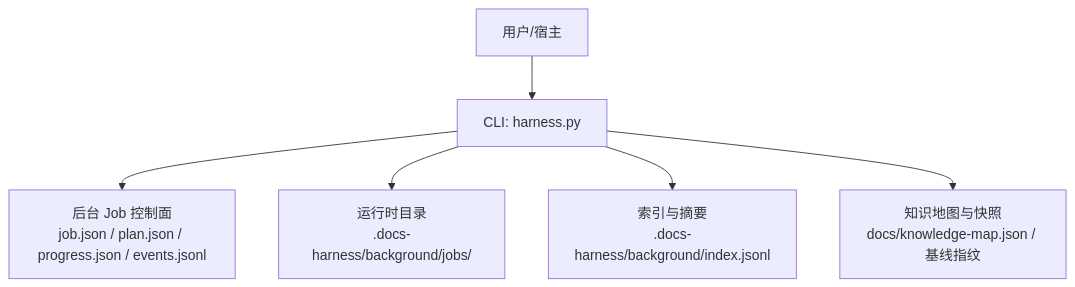
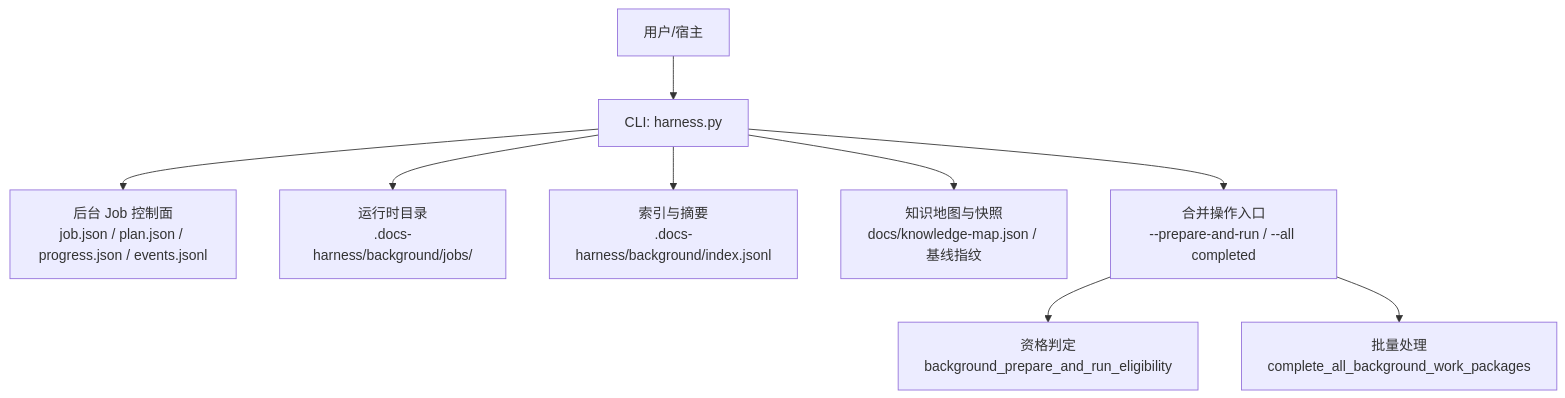
The first of 8 diagrams in .qoder/repowiki/zh/content/核心概念/后台任务模型/生命周期命令/生命周期命令.md (HackSing/docs-harness), drawn with Mermaid before and after one commit. The commit also changed other lines of this file and 45 other files, not shown here.

First line of the commit message:
feat(harness): v1.7.6 按变更面选择验证强度、git_commit 受控意图与关键词 Gate 路由移除

````diff
--- a/.qoder/repowiki/zh/content/核心概念/后台任务模型/生命周期命令/生命周期命令.md
+++ b/.qoder/repowiki/zh/content/核心概念/后台任务模型/生命周期命令/生命周期命令.md
@@ -38,8 +48,11 @@
 ```mermaid
 graph TB
 A["用户/宿主"] --> B["CLI: harness.py"]
 B --> C["后台 Job 控制面<br/>job.json / plan.json / progress.json / events.jsonl"]
 B --> D["运行时目录<br/>.docs-harness/background/jobs/<job-id>"]
 B --> E["索引与摘要<br/>.docs-harness/background/index.jsonl"]
 B --> F["知识地图与快照<br/>docs/knowledge-map.json / 基线指纹"]
+B --> G["合并操作入口<br/>--prepare-and-run / --all completed"]
+G --> H["资格判定<br/>background_prepare_and_run_eligibility"]
+G --> I["批量处理<br/>complete_all_background_work_packages"]
 ```
````
